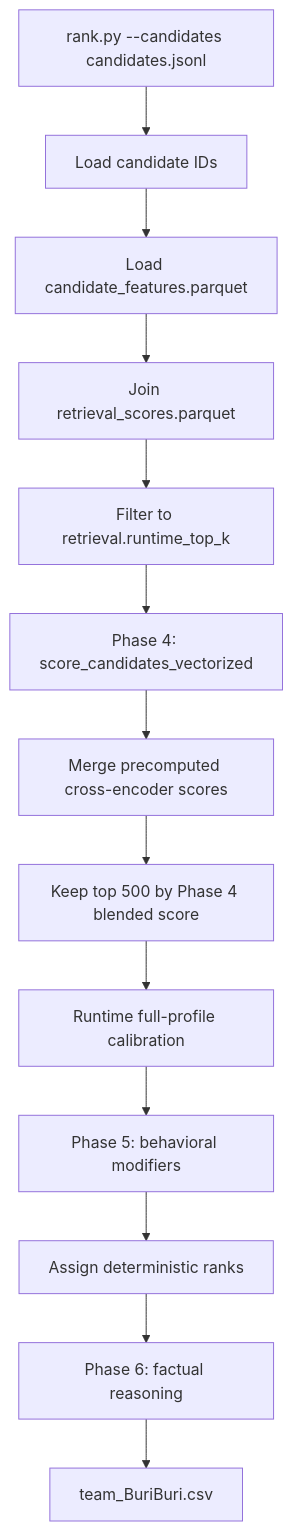
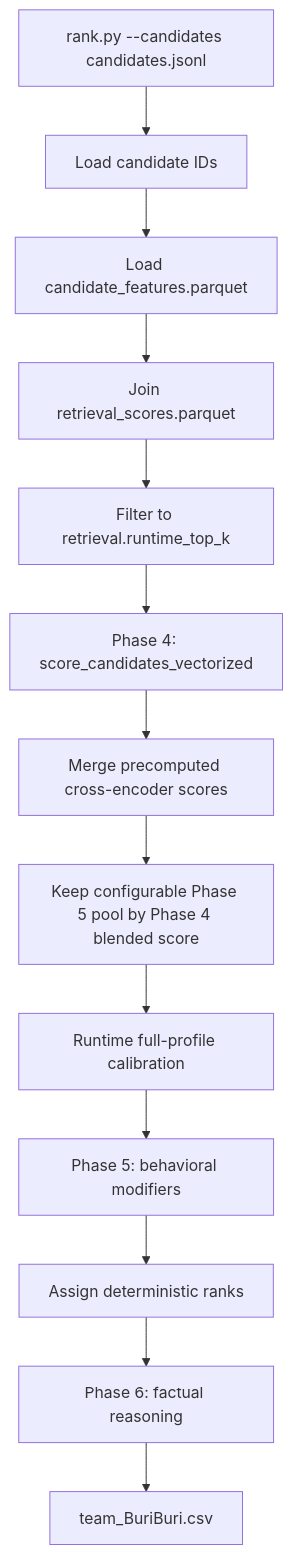
Before and after one commit to sathvik1610/evidence-rank: the third of 5 diagrams in docs/ARCHITECTURE.md, drawn with Mermaid. The commit also changed other lines of this file and 3 other files, not shown here.

Commit message:
feat: add dynamic rank stats and update architecture docs

````diff
--- a/docs/ARCHITECTURE.md
+++ b/docs/ARCHITECTURE.md
@@ -230,15 +240,15 @@
 ```mermaid
 flowchart TD
     A["rank.py --candidates candidates.jsonl"] --> B["Load candidate IDs"]
     B --> C["Load candidate_features.parquet"]
     C --> D["Join retrieval_scores.parquet"]
     D --> E["Filter to retrieval.runtime_top_k"]
     E --> F["Phase 4: score_candidates_vectorized"]
     F --> G["Merge precomputed cross-encoder scores"]
-    G --> H["Keep top 500 by Phase 4 blended score"]
+    G --> H["Keep configurable Phase 5 pool by Phase 4 blended score"]
     H --> I["Runtime full-profile calibration"]
     I --> J["Phase 5: behavioral modifiers"]
     J --> K["Assign deterministic ranks"]
     K --> L["Phase 6: factual reasoning"]
     L --> M["team_BuriBuri.csv"]
 ```
````
